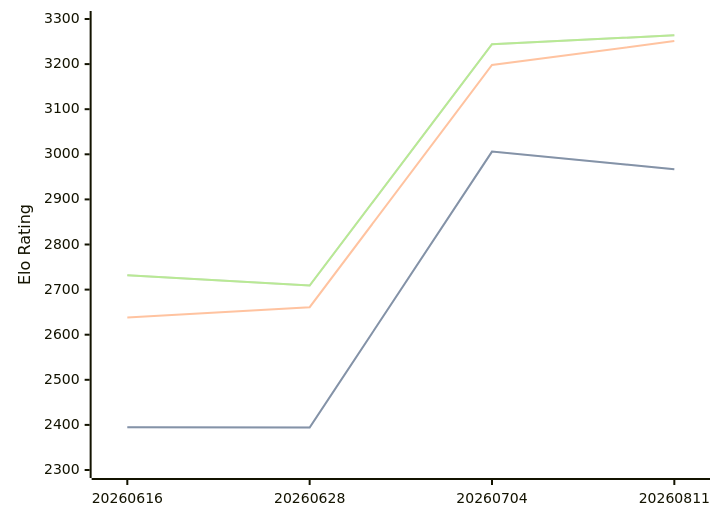
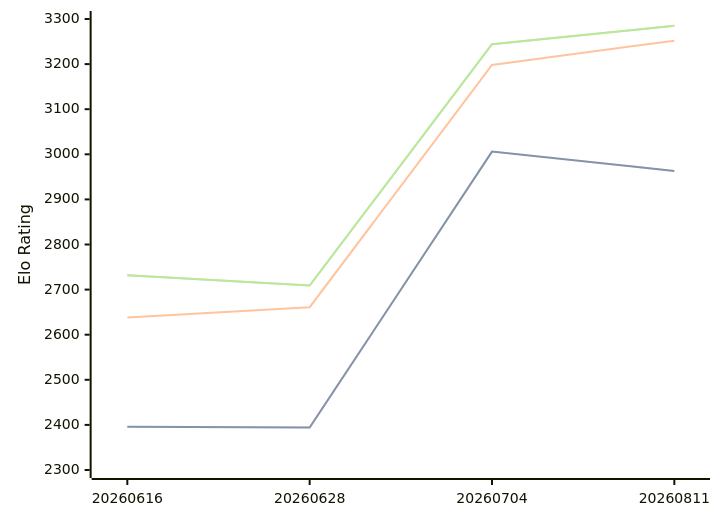
Before and after one commit to computer-chess-index/cci: the diagram in engines/Askaig.md, drawn with Mermaid. The commit also changed other lines of this file, not shown here.

Commit message:
Update CCI Ratings (ELO VLTC) - 2026-08-16

````diff
--- a/engines/Askaig.md
+++ b/engines/Askaig.md
@@ -36,11 +36,11 @@
 ```mermaid
 %%{init: {"theme":"base","themeVariables":{"seriesColors:['#a3a3a3','#222221','#faa371']}}}%%
 xychart-beta
   x-axis ["20260616", "20260628", "20260704", "20260811"]
   y-axis "Elo Rating" 2300 --> 3300
-  line "STC (8.0+0.08s)" [2395, 2394, 3006, 2967]
-  line "STC (8.0+0.08s)" [2395, 2394, 3006, 2967]
-  line "LTC (60.0+0.60s)" [2638, 2661, 3198, 3251]
-  line "VLTC (2m24s+1.12s)" [2732, 2709, 3244, 3264]
-  line "VLTC (2m24s+1.12s)" [2732, 2709, 3244, 3264]
+  line "STC (8.0+0.08s)" [2396, 2394, 3006, 2963]
+  line "STC (8.0+0.08s)" [2396, 2394, 3006, 2963]
+  line "LTC (60.0+0.60s)" [2638, 2661, 3198, 3252]
+  line "VLTC (2m24s+1.12s)" [2732, 2709, 3244, 3285]
+  line "VLTC (2m24s+1.12s)" [2732, 2709, 3244, 3285]
 ```
````
